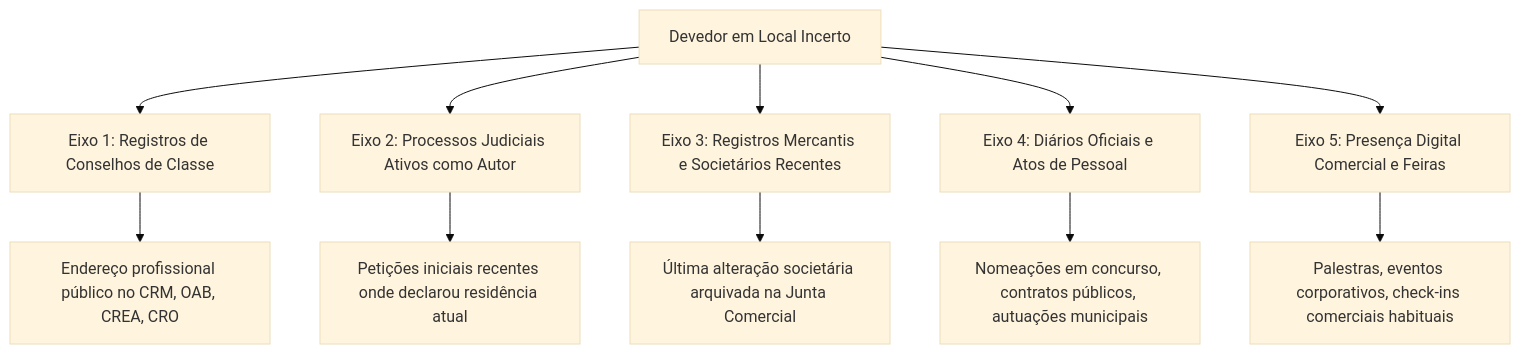
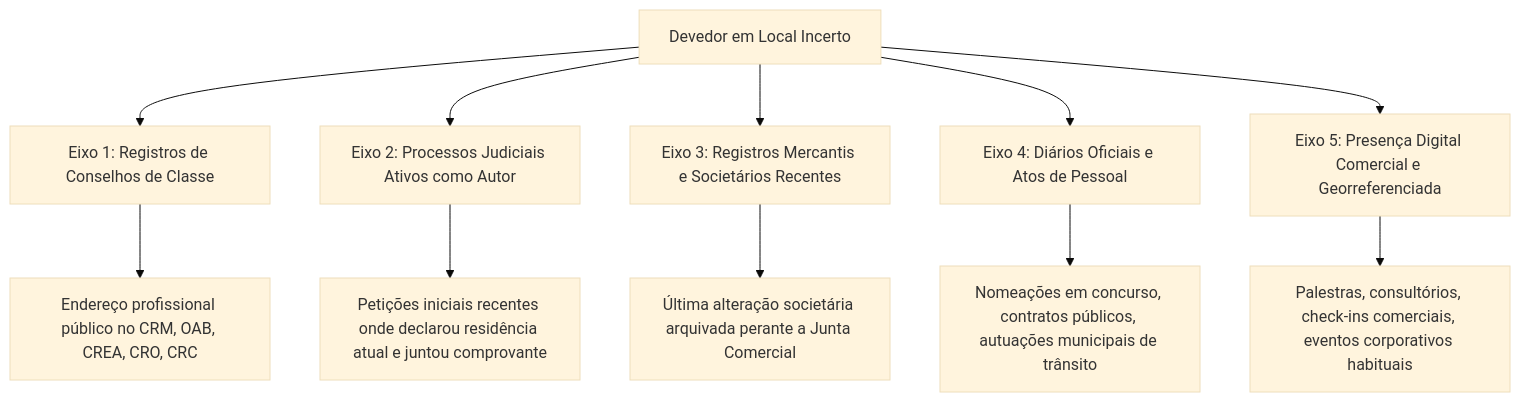
One commit to prof-ramos/osint_advogados changed the diagram in livro/parte_4_aplicacoes_juridicas_praticas/cap_16_localizacao_devedores_execucao.md. Above: the diagram before and after it, drawn with Mermaid (base theme). The commit also changed other lines of this file and 3 other files, not shown here.

````diff
--- a/livro/parte_4_aplicacoes_juridicas_praticas/cap_16_localizacao_devedores_execucao.md
+++ b/livro/parte_4_aplicacoes_juridicas_praticas/cap_16_localizacao_devedores_execucao.md
@@ -17,14 +17,14 @@
 ```mermaid
 flowchart TD
     A[Devedor em Local Incerto] --> B[Eixo 1: Registros de Conselhos de Classe]
     A --> C[Eixo 2: Processos Judiciais Ativos como Autor]
     A --> D[Eixo 3: Registros Mercantis e Societários Recentes]
     A --> E[Eixo 4: Diários Oficiais e Atos de Pessoal]
-    A --> F[Eixo 5: Presença Digital Comercial e Feiras]
+    A --> F[Eixo 5: Presença Digital Comercial e Georreferenciada]
     
-    B --> B1[Endereço profissional público no CRM, OAB, CREA, CRO]
-    C --> C1[Petições iniciais recentes onde declarou residência atual]
-    D --> D1[Última alteração societária arquivada na Junta Comercial]
-    E --> E1[Nomeações em concurso, contratos públicos, autuações municipais]
-    F --> F1[Palestras, eventos corporativos, check-ins comerciais habituais]
+    B --> B1[Endereço profissional público no CRM, OAB, CREA, CRO, CRC]
+    C --> C1[Petições iniciais recentes onde declarou residência atual e juntou comprovante]
+    D --> D1[Última alteração societária arquivada perante a Junta Comercial]
+    E --> E1[Nomeações em concurso, contratos públicos, autuações municipais de trânsito]
+    F --> F1[Palestras, consultórios, check-ins comerciais, eventos corporativos habituais]
 ```
````
